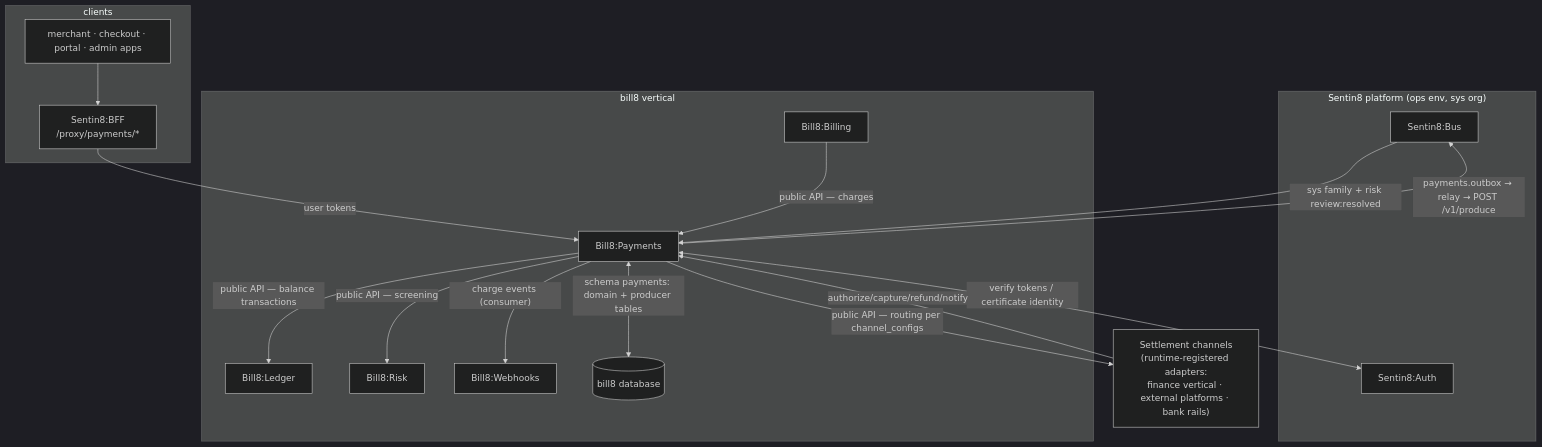
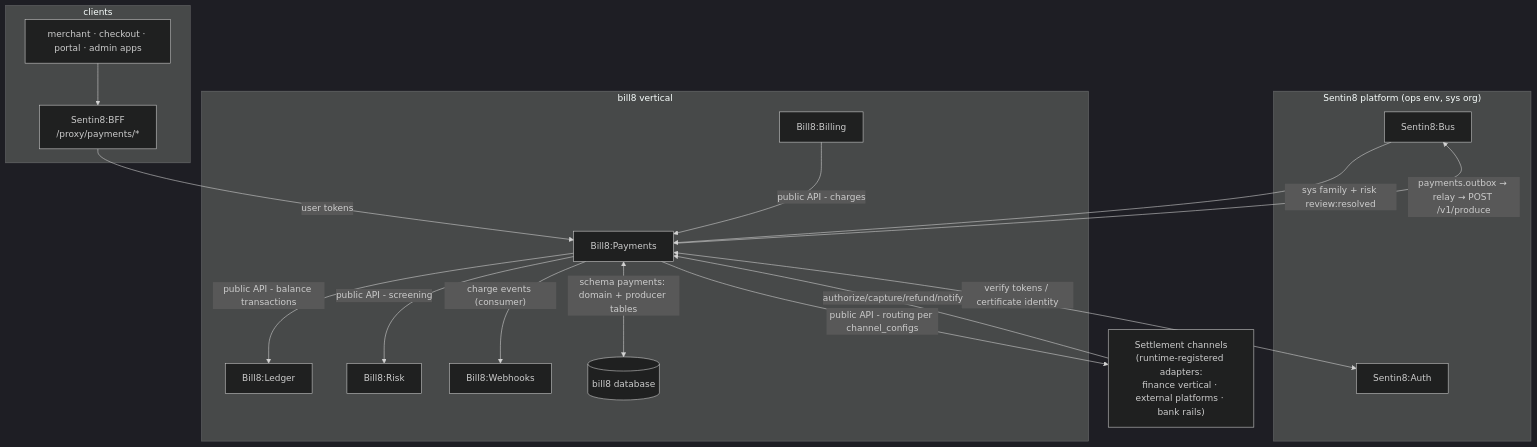
One commit to commerce8/bill8-site changed the first of 10 diagrams in docs/products/payments/design.md. Above: the diagram before and after it, drawn with Mermaid (dark theme). The commit also changed other lines of this file and 45 other files, not shown here.

````diff
--- a/docs/products/payments/design.md
+++ b/docs/products/payments/design.md
@@ -38,30 +38,30 @@
 ```mermaid
 graph TD
     subgraph platform["Sentin8 platform (ops env, sys org)"]
         AUTH["Sentin8:Auth"]
         BUS["Sentin8:Bus"]
     end
     subgraph vertical["bill8 vertical"]
         PAY["Bill8:Payments"]
         L["Bill8:Ledger"]
         R["Bill8:Risk"]
         BI["Bill8:Billing"]
         W["Bill8:Webhooks"]
         PG[("bill8 database")]
     end
     subgraph clients
         BFF["Sentin8:BFF<br/>/proxy/payments/*"]
         APPS["merchant · checkout · portal · admin apps"]
     end
     APPS --> BFF -->|"user tokens"| PAY
     PAY <-->|"verify tokens / certificate identity"| AUTH
     PAY -->|"payments.outbox → relay → POST /v1/produce"| BUS
     BUS -->|"sys family + risk review:resolved"| PAY
-    PAY -->|"public API — balance transactions"| L
-    PAY -->|"public API — screening"| R
-    BI -->|"public API — charges"| PAY
+    PAY -->|"public API - balance transactions"| L
+    PAY -->|"public API - screening"| R
+    BI -->|"public API - charges"| PAY
     PAY -->|"charge events (consumer)"| W
     CH["Settlement channels<br/>(runtime-registered adapters:<br/>finance vertical · external platforms · bank rails)"] -->|"authorize/capture/refund/notify"| PAY
-    PAY -->|"public API — routing per channel_configs"| CH
+    PAY -->|"public API - routing per channel_configs"| CH
     PAY <-->|"schema payments: domain + producer tables"| PG
 ```
````
